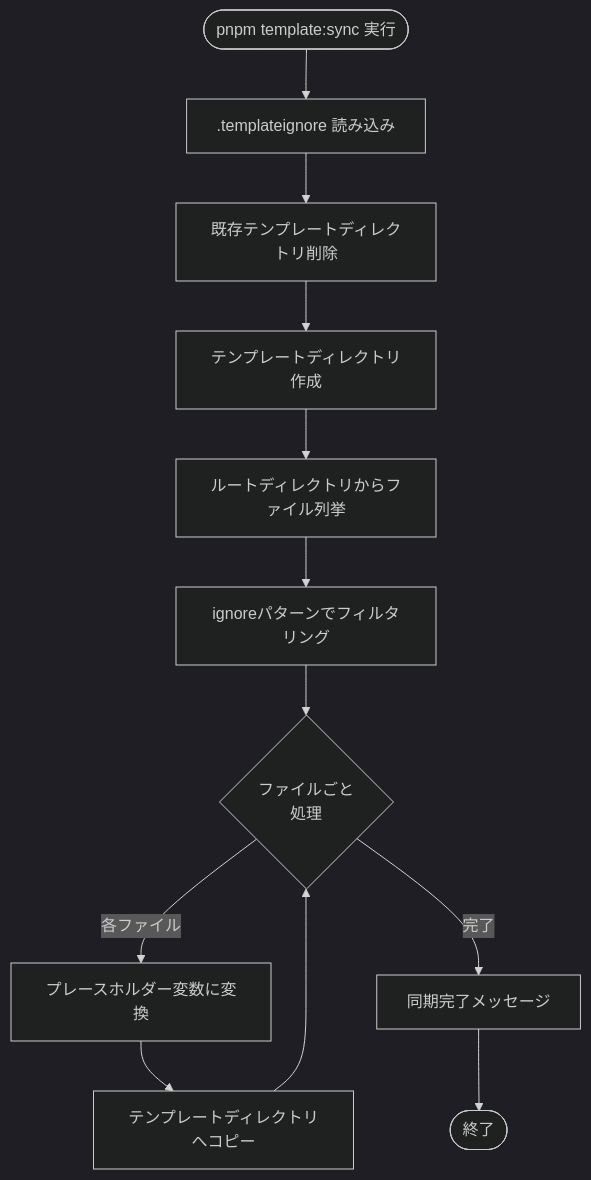
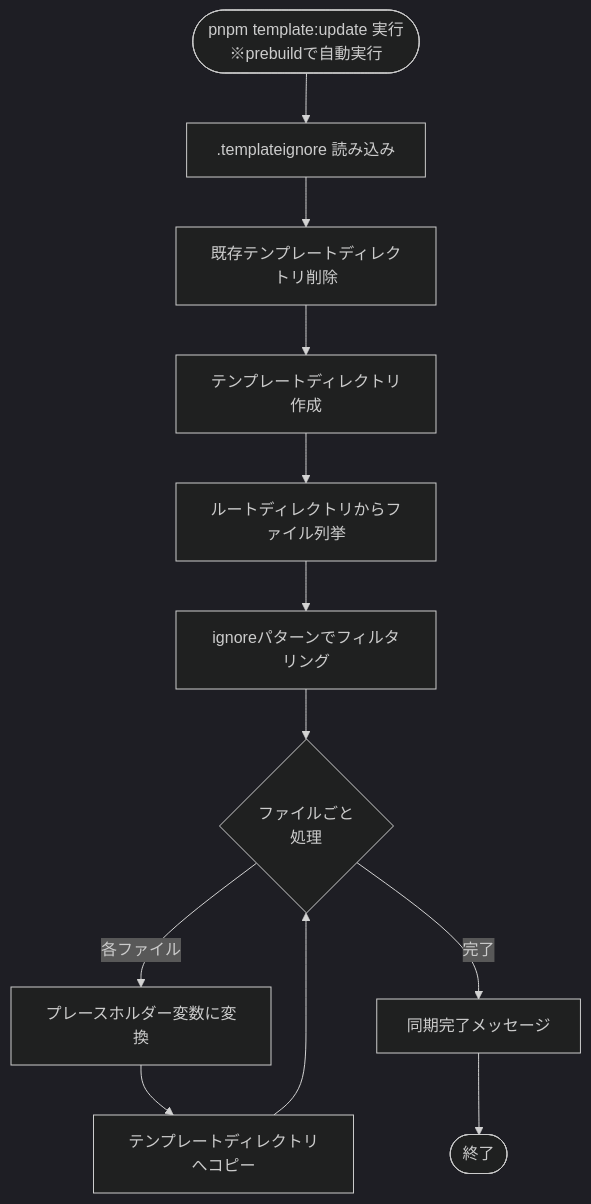
One commit to einja-inc/einja-management-template changed the fifth of 7 diagrams in docs/specs/issues/cli/issue22-create-einja-app/design.md. Above: the diagram before and after it, drawn with Mermaid (dark theme). The commit also changed other lines of this file and 1 other file, not shown here.

````diff
--- a/docs/specs/issues/cli/issue22-create-einja-app/design.md
+++ b/docs/specs/issues/cli/issue22-create-einja-app/design.md
@@ -483,16 +484,16 @@
 ```mermaid
 flowchart TD
-    Start([pnpm template:sync 実行]) --> LoadIgnore[.templateignore 読み込み]
+    Start([pnpm template:update 実行<br/>※prebuildで自動実行]) --> LoadIgnore[.templateignore 読み込み]
     LoadIgnore --> RemoveOld[既存テンプレートディレクトリ削除]
     RemoveOld --> CreateDir[テンプレートディレクトリ作成]
     CreateDir --> GlobFiles[ルートディレクトリからファイル列挙]
     GlobFiles --> Filter[ignoreパターンでフィルタリング]
     Filter --> Loop{ファイルごと<br/>処理}
 
     Loop -->|各ファイル| Process[プレースホルダー変数に変換]
     Process --> Copy[テンプレートディレクトリへコピー]
     Copy --> Loop
 
     Loop -->|完了| Complete[同期完了メッセージ]
     Complete --> End([終了])
 ```
````
